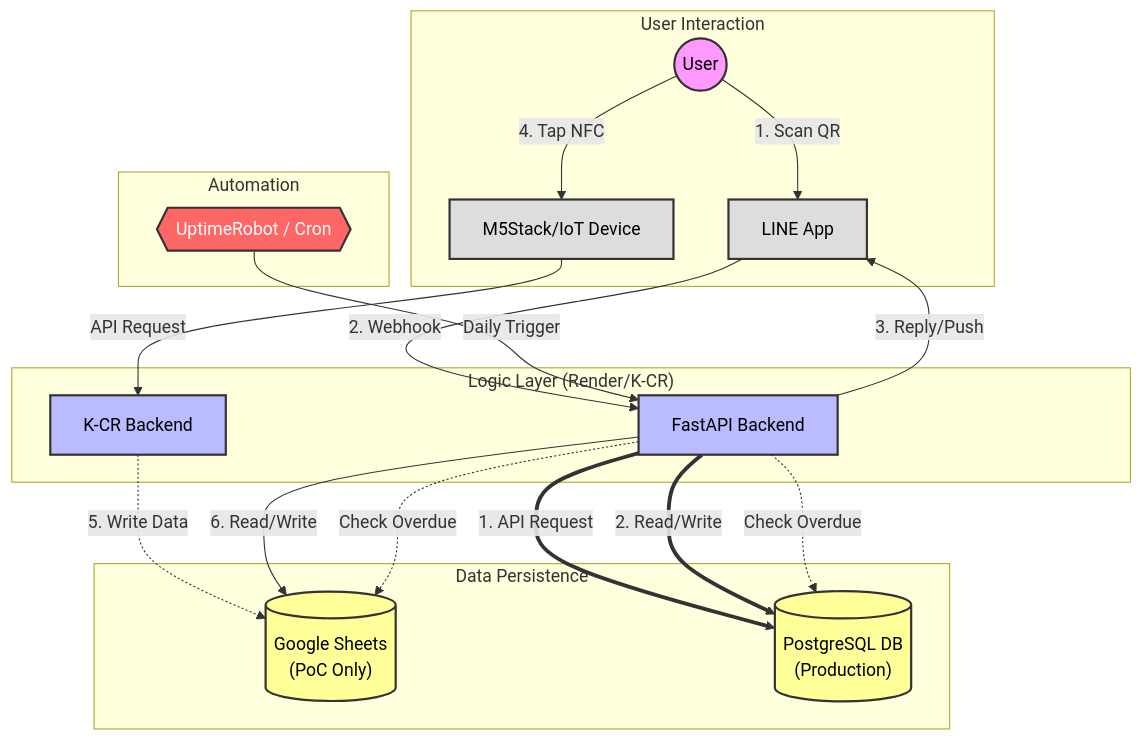
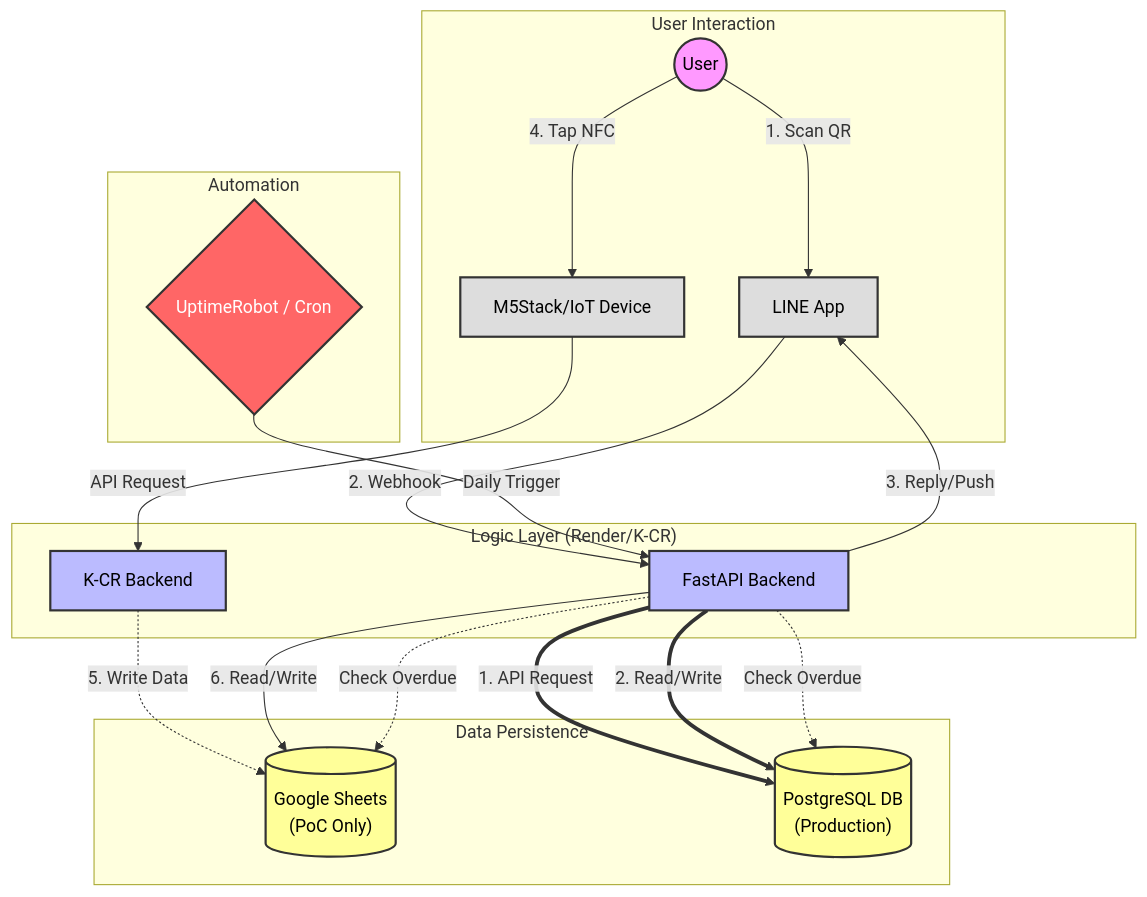
The first of 2 diagrams in _portfolio/o2o.md (Joe-Xuu/joe-xuu.github.io), drawn with Mermaid before and after one commit. The commit also changed 1 other file, not shown here.

````diff
--- a/_portfolio/o2o.md
+++ b/_portfolio/o2o.md
@@ -27,54 +27,54 @@
 ```mermaid
 graph TD
     classDef user fill:#f9f,stroke:#333,stroke-width:2px,color:black;
     classDef logic fill:#bbf,stroke:#333,stroke-width:2px,color:black;
     classDef data fill:#ff9,stroke:#333,stroke-width:2px,color:black;
     classDef ext fill:#ddd,stroke:#333,stroke-width:2px,color:black;
     classDef cron fill:#f66,stroke:#333,stroke-width:2px,color:white;
 
     subgraph "User Interaction"
         User((User)):::user
         LINE[LINE App]:::ext
         M5["M5Stack/IoT Device"]:::ext
     end
 
     subgraph "Logic Layer (Render/K-CR)"
         FastAPI[FastAPI Backend]:::logic
         KCR[K-CR Backend]:::logic
     end
     
     subgraph "Data Persistence"
         GSheet[("Google Sheets<br/>(PoC Only)")]:::data
         Database[("PostgreSQL DB<br/>(Production)")]:::data
     end
 
     subgraph "Automation"
-        Cron{{UptimeRobot / Cron}}:::cron
+        Cron{UptimeRobot / Cron}:::cron
     end
 
     %% 连线关系
     User -- 1. Scan QR --> LINE
     User -- 4. Tap NFC --> M5
     
     M5 -- API Request --> KCR
     LINE -- 2. Webhook --> FastAPI
     
     %% Backend Logic
     KCR -. "5. Write Data ".-> GSheet
     FastAPI -- 3. Reply/Push --> LINE
     FastAPI -- 6. Read/Write --> GSheet
     
     %% Production Logic
     FastAPI == 1. API Request ==> Database
     FastAPI == 2. Read/Write ==> Database
     
     %% Reminder Logic
     Cron -- Daily Trigger --> FastAPI
     FastAPI -. Check Overdue .-> GSheet
     FastAPI -. Check Overdue .-> Database
     
     LINE ~~~ FastAPI
     FastAPI ~~~ Database
 
     linkStyle default interpolate basis
 ```
````
